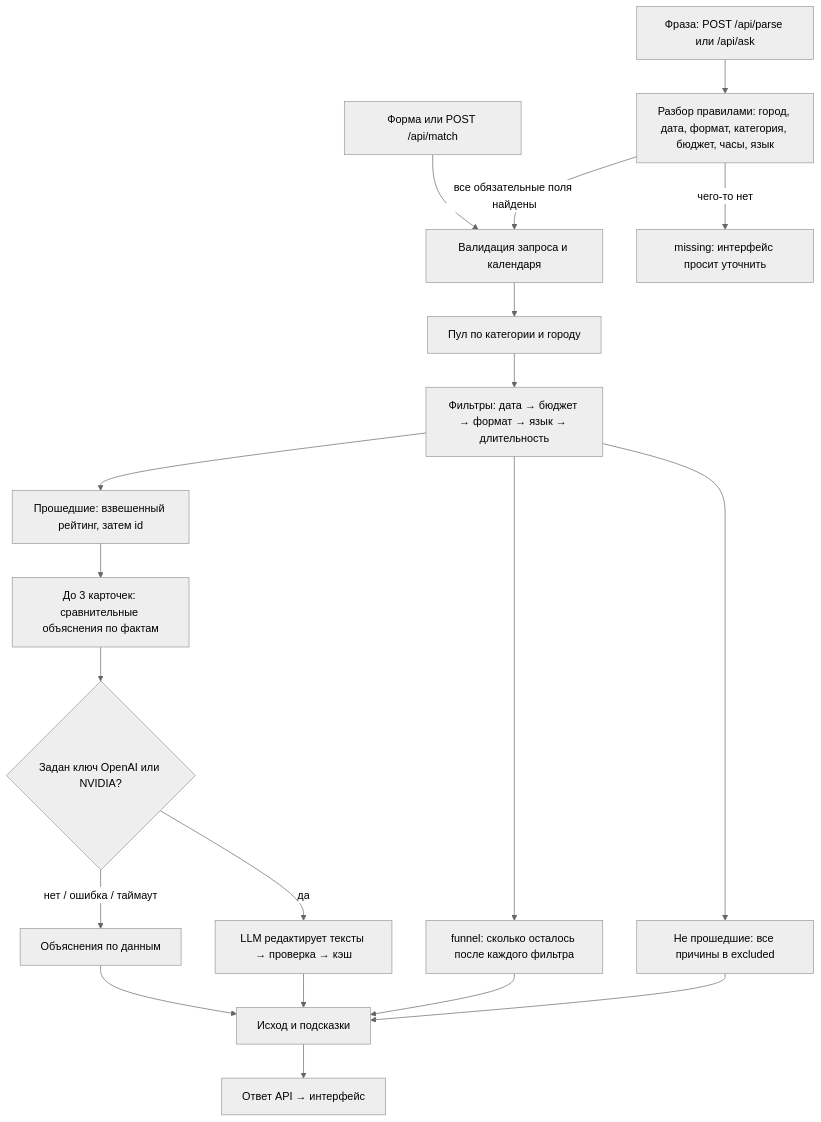
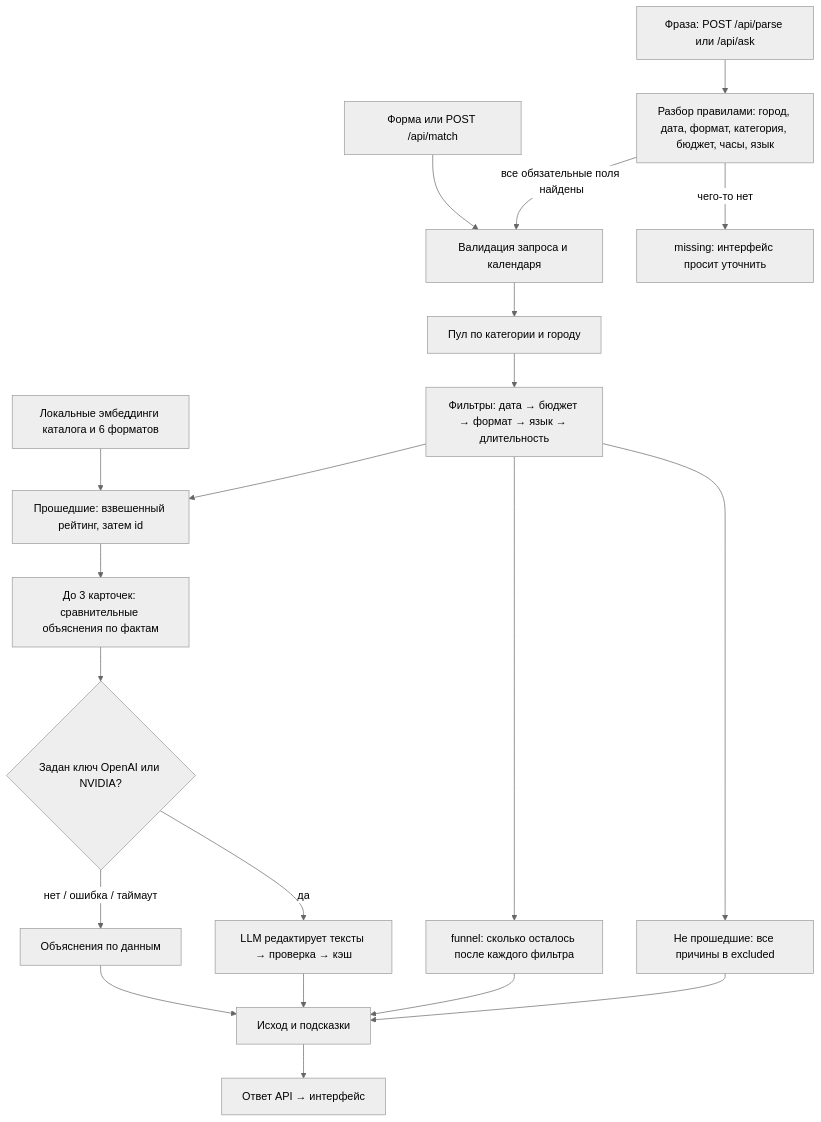
Before and after one commit to BAITC-Hacks/hack-774a9321-beyonder: the diagram in README.md, drawn with Mermaid (neutral theme). The commit also changed other lines of this file and 2 other files, not shown here.

````diff
--- a/README.md
+++ b/README.md
@@ -147,21 +149,22 @@
 ```mermaid
 flowchart TD
   T[Фраза: POST /api/parse или /api/ask] --> P[Разбор правилами: город, дата, формат, категория, бюджет, часы, язык]
   P -->|все обязательные поля найдены| B
   P -->|чего-то нет| MS[missing: интерфейс просит уточнить]
   A[Форма или POST /api/match] --> B[Валидация запроса и календаря]
   B --> C[Пул по категории и городу]
   C --> D[Фильтры: дата → бюджет → формат → язык → длительность]
   D --> FN[funnel: сколько осталось после каждого фильтра]
   D --> E[Прошедшие: взвешенный рейтинг, затем id]
+  S[Локальные эмбеддинги каталога и 6 форматов] --> E
   D --> F[Не прошедшие: все причины в excluded]
   E --> G[До 3 карточек: сравнительные объяснения по фактам]
   G --> L{Задан ключ OpenAI или NVIDIA?}
   L -- да --> LLM[LLM редактирует тексты → проверка → кэш]
   L -- нет / ошибка / таймаут --> N[Объяснения по данным]
   F --> H[Исход и подсказки]
   FN --> H
   LLM --> H
   N --> H
   H --> I[Ответ API → интерфейс]
 ```
````
